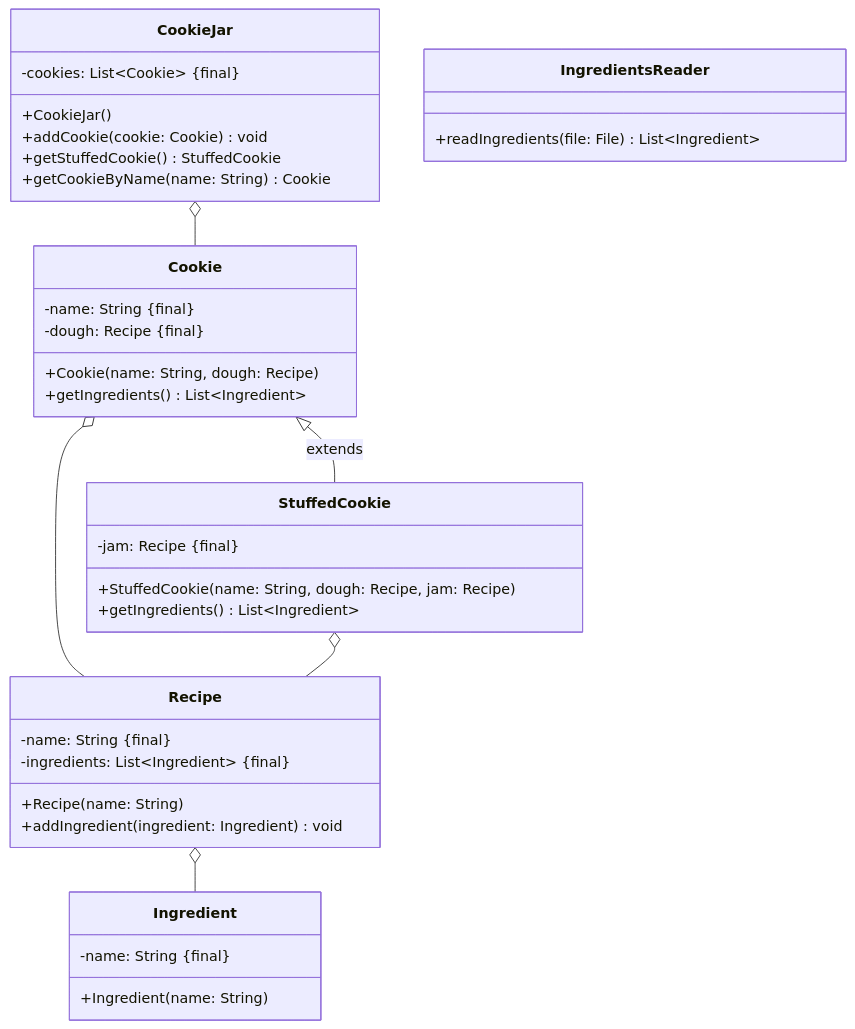
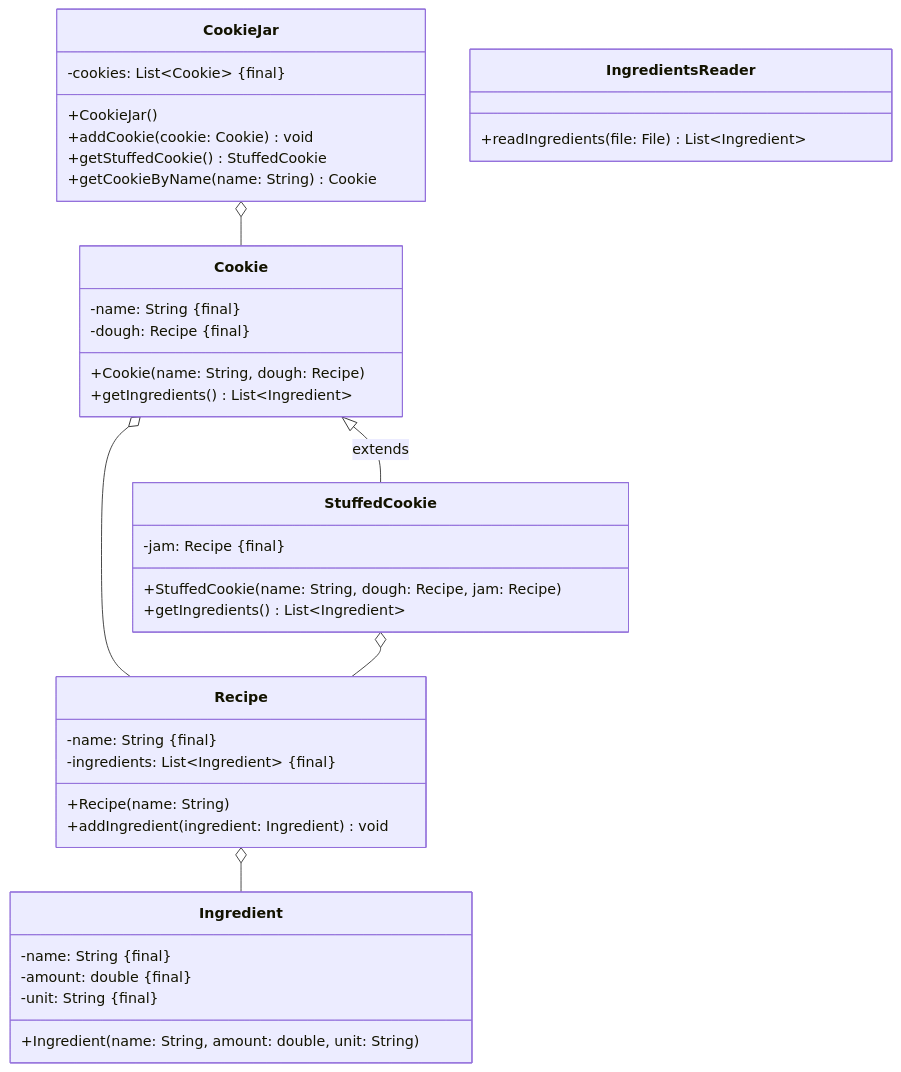
One commit to jappuccini/java-docs changed the diagram in docs/exam-exercises/exam-exercises-java1/class-diagrams/cookie-jar.md. Above: the diagram before and after it, drawn with Mermaid. The commit also changed other lines of this file and 2 other files, not shown here.

Commit message:
Fix Descriptions and Mermaids (#374)

````diff
--- a/docs/exam-exercises/exam-exercises-java1/class-diagrams/cookie-jar.md
+++ b/docs/exam-exercises/exam-exercises-java1/class-diagrams/cookie-jar.md
@@ -12,45 +12,47 @@
 ```mermaid
 classDiagram
     CookieJar o-- Cookie
     Cookie <|-- StuffedCookie : extends
     Cookie o-- Recipe
     StuffedCookie o-- Recipe
     Recipe o-- Ingredient
 
     class CookieJar {
         -cookies: List~Cookie~ #123;final#125;
         +CookieJar()
         +addCookie(cookie: Cookie) void
         +getStuffedCookie() StuffedCookie
         +getCookieByName(name: String) Cookie
     }
 
     class Cookie {
         -name: String #123;final#125;
         -dough: Recipe #123;final#125;
         +Cookie(name: String, dough: Recipe)
         +getIngredients() List~Ingredient~
     }
 
     class StuffedCookie {
         -jam: Recipe #123;final#125;
         +StuffedCookie(name: String, dough: Recipe, jam: Recipe)
         +getIngredients() List~Ingredient~
     }
 
     class Recipe {
         -name: String #123;final#125;
         -ingredients: List~Ingredient~ #123;final#125;
         +Recipe(name: String)
         +addIngredient(ingredient: Ingredient) void
     }
 
     class Ingredient {
         -name: String #123;final#125;
-        +Ingredient(name: String)
+        -amount: double #123;final#125;
+        -unit: String #123;final#125;
+        +Ingredient(name: String, amount: double, unit: String)
     }
 
     class IngredientsReader {
         +readIngredients(file: File) List~Ingredient~
     }
 ```
````
